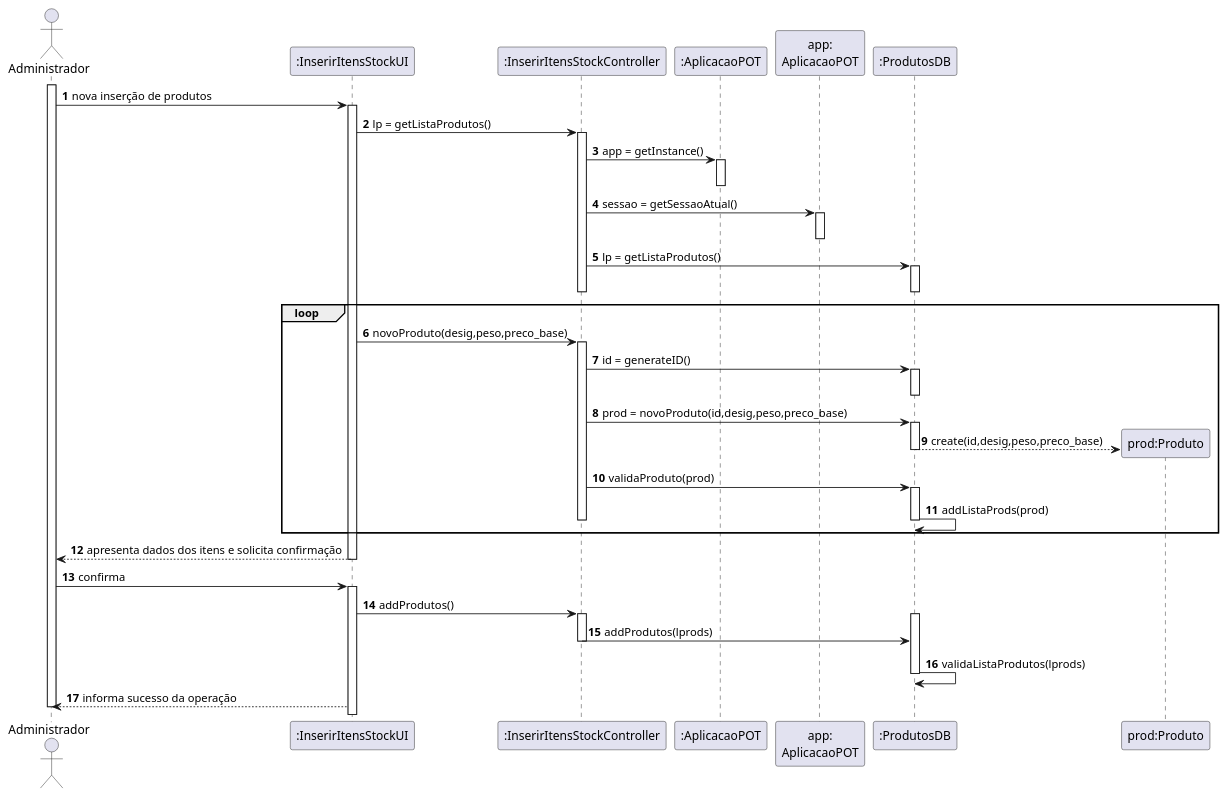
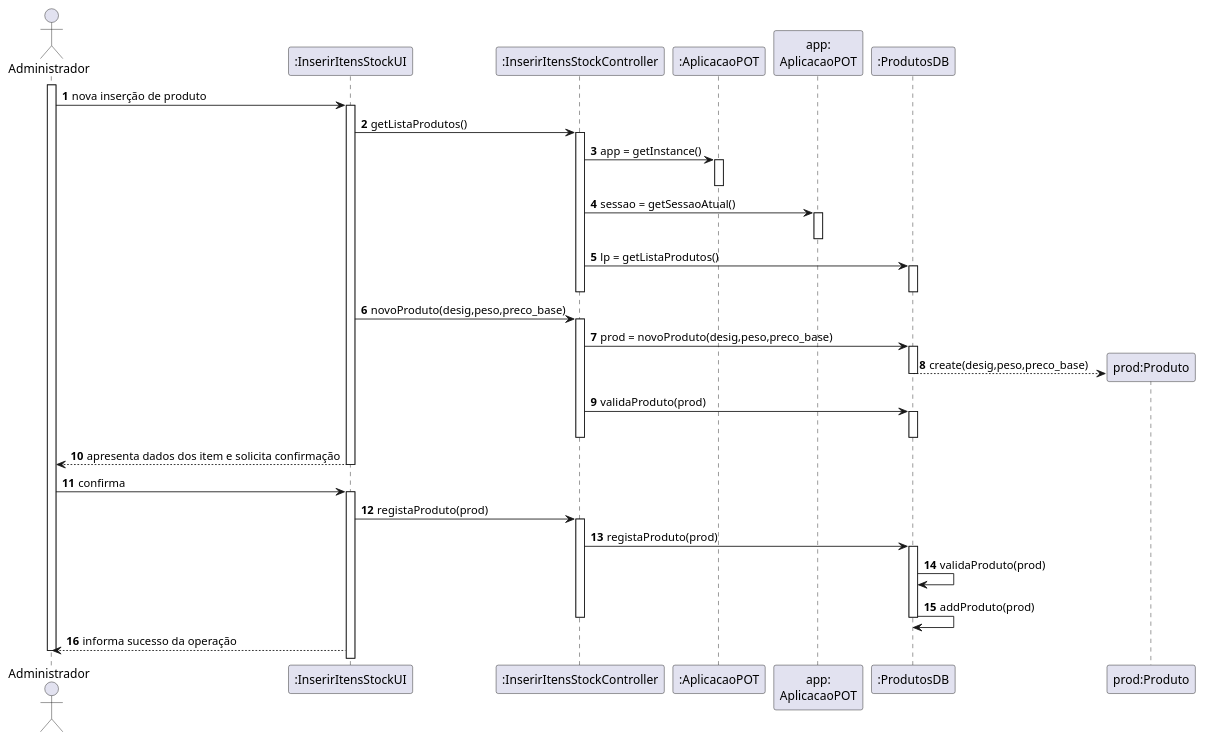
Before and after one commit to pedrolemos4/LAPR3: the diagram in docs/UC24/UC24_InserirItensStockSD.puml, drawn with PlantUML. The commit also changed 5 other files, not shown here.

```diff
--- a/docs/UC24/UC24_InserirItensStockSD.puml
+++ b/docs/UC24/UC24_InserirItensStockSD.puml
@@ -1,69 +1,64 @@
 @startuml
 autonumber
 
 actor "Administrador" as ADM
 participant ":InserirItensStockUI" as UI
 participant ":InserirItensStockController" as CTL
 participant ":AplicacaoPOT" as _APP
 participant "app:\nAplicacaoPOT" as APP
 participant ":ProdutosDB" as PDB
 participant "prod:Produto" as PROD
 
 activate ADM
-ADM -> UI : nova inserção de produtos
+ADM -> UI : nova inserção de produto
 activate UI
-UI -> CTL : lp = getListaProdutos()
+UI -> CTL : getListaProdutos()
 activate CTL
 CTL -> _APP : app = getInstance()
 activate _APP
 deactivate _APP
 CTL -> APP : sessao = getSessaoAtual()
 activate APP
 deactivate APP
 
 CTL -> PDB : lp = getListaProdutos()
 activate PDB
 deactivate PDB
 
 deactivate CTL
 
-loop
 UI -> CTL : novoProduto(desig,peso,preco_base)
 activate CTL
 
-CTL -> PDB: id = generateID()
-activate PDB
-deactivate PDB
-
-CTL -> PDB: prod = novoProduto(id,desig,peso,preco_base)
+CTL -> PDB: prod = novoProduto(desig,peso,preco_base)
 activate PDB
 
-PDB --> PROD ** : create(id,desig,peso,preco_base)
+PDB --> PROD ** : create(desig,peso,preco_base)
 
 deactivate PDB
 
 CTL -> PDB : validaProduto(prod)
 activate PDB
-PDB -> PDB : addListaProds(prod)
 deactivate PDB
 
 deactivate CTL
-end
 
-UI --> ADM : apresenta dados dos itens e solicita confirmação
+UI --> ADM : apresenta dados dos item e solicita confirmação
 deactivate UI
 ADM -> UI : confirma
 activate UI
-UI -> CTL : addProdutos()
-activate PDB
+UI -> CTL : registaProduto(prod)
 
 activate CTL
-CTL -> PDB :addProdutos(lprods)
+CTL -> PDB :registaProduto(prod)
+
+activate PDB
+PDB -> PDB : validaProduto(prod)
+
+PDB -> PDB : addProduto(prod)
+deactivate PDB
 deactivate CTL
-
-PDB -> PDB : validaListaProdutos(lprods)
-deactivate PDB
 UI --> ADM: informa sucesso da operação
 
 deactivate ADM
 @enduml
```
